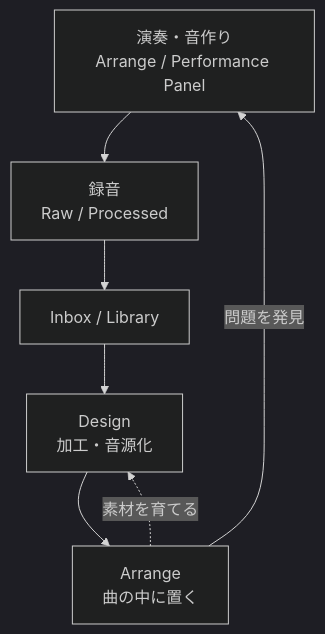
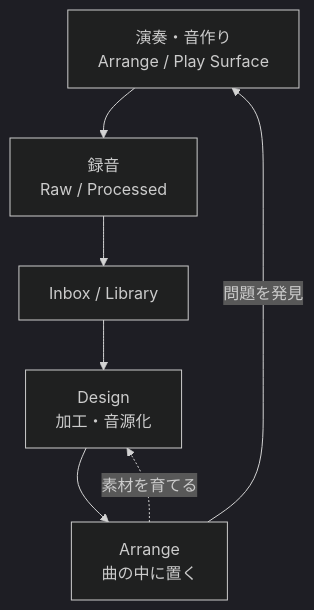
One commit to endo-ly/riffra changed the third of 3 diagrams in docs/CONCEPT.md. Above: the diagram before and after it, drawn with Mermaid (dark theme). The commit also changed other lines of this file and 33 other files, not shown here.

````diff
--- a/docs/CONCEPT.md
+++ b/docs/CONCEPT.md
@@ -108,9 +108,9 @@
 ```mermaid
 flowchart TD
-    P["演奏・音作り<br/>Arrange / Performance Panel"] --> R["録音<br/>Raw / Processed"]
+    P["演奏・音作り<br/>Arrange / Play Surface"] --> R["録音<br/>Raw / Processed"]
     R --> I["Inbox / Library"]
     I --> D["Design<br/>加工・音源化"]
     D --> A["Arrange<br/>曲の中に置く"]
     A -->|問題を発見| P
     A -.->|素材を育てる| D
 ```
````
